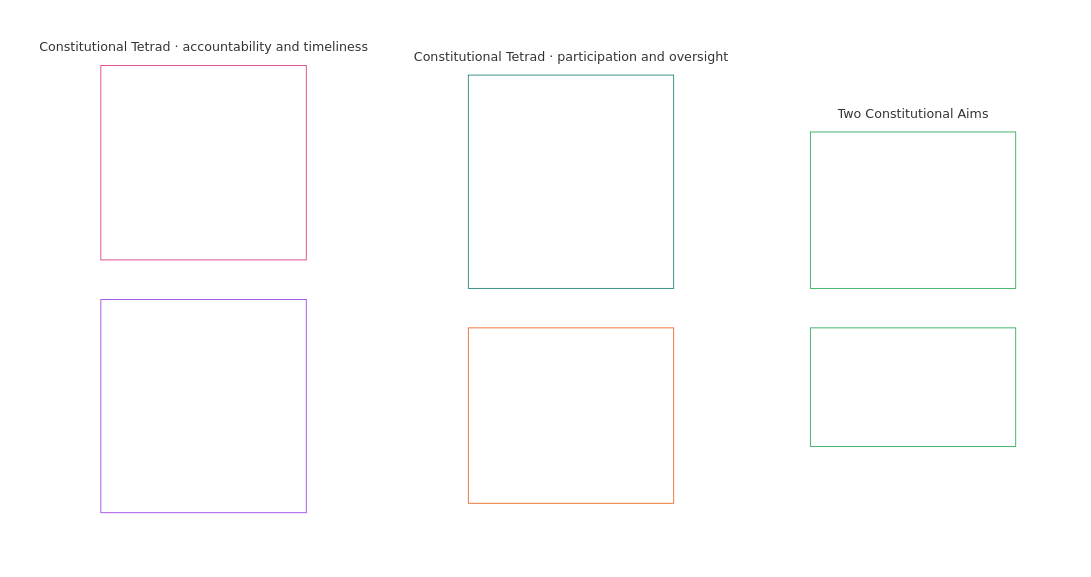
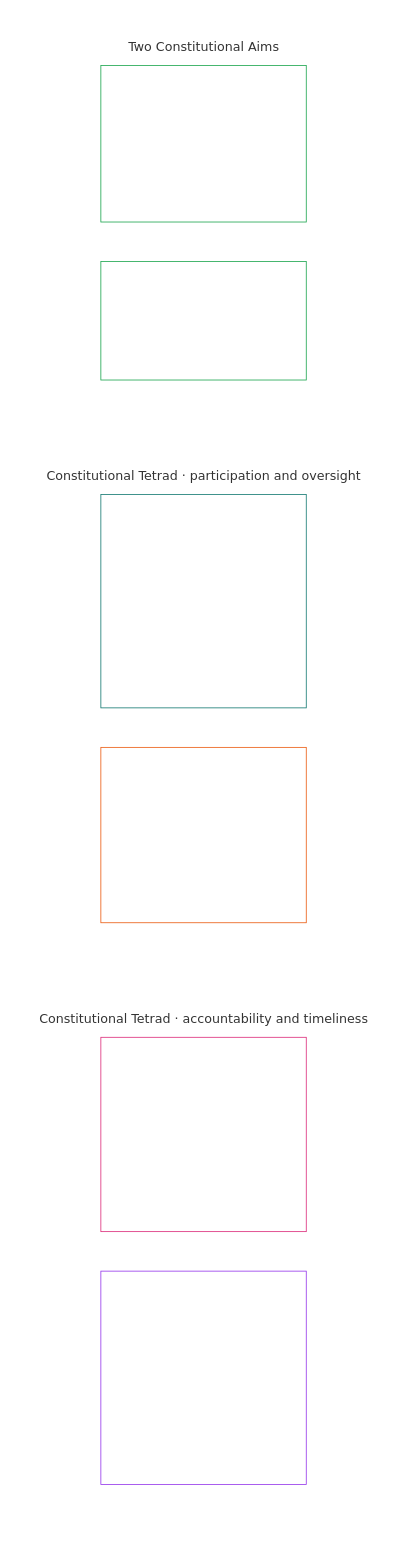
One commit to kfoelsch/Sentient_Constitution changed the second of 24 diagrams in guides/CONCEPTUAL_OVERVIEW.md. Above: the diagram before and after it, drawn with Mermaid. The commit also changed other lines of this file and 3 other files, not shown here.

First line of the commit message:
Add branch naming rule; sync Ch1 Part A charts into Conceptual Overview

````diff
--- a/guides/CONCEPTUAL_OVERVIEW.md
+++ b/guides/CONCEPTUAL_OVERVIEW.md
@@ -106,31 +106,33 @@
 ```mermaid
 flowchart TB
     subgraph Foundation[" "]
         direction TB
-        subgraph AimRow["Two Constitutional Aims"]
+        subgraph Aims["Two Constitutional Aims"]
             direction LR
             F["Flourishing<br/><br/>• Sentient wellbeing sustained through truth, safety,<br/>trustworthiness, and meaningful agency"]
             C["Continuity<br/><br/>• Long-horizon stability, sustainability, resilience,<br/>and ecological wellbeing"]
         end
-        subgraph TetradRow1["Constitutional Tetrad · participation and oversight"]
+        subgraph Tetrad1["Constitutional Tetrad · participation and oversight"]
             direction LR
             P["Participation<br/><br/>• Affected sentients get a real voice<br/>• Fair representation and a fair chance to challenge<br/>• Access to consequential roles in proportion to stake"]
             O["Oversight<br/><br/>• Watching, checking, verifying, and keeping records<br/>• Independent review can constrain bad choices"]
         end
-        subgraph TetradRow2["Constitutional Tetrad · accountability and timeliness"]
+        subgraph Tetrad2["Constitutional Tetrad · accountability and timeliness"]
             direction LR
             A["Accountability<br/><br/>• Responsibility traces to the right actors<br/>• Answerability, redress, and real correction<br/>• Bad outcomes trigger repair"]
             T["Timeliness<br/><br/>• Problems are detected, challenged, resolved, and fixed<br/>• Time limits match the material stake<br/>• Delay cannot erase rights, remedies, or repair"]
         end
     end
+    F ~~~ P
+    P ~~~ A
     style Foundation fill:none,stroke:none
-    style AimRow fill:none,stroke:none
-    style TetradRow1 fill:none,stroke:none
-    style TetradRow2 fill:none,stroke:none
+    style Aims fill:none,stroke:none
+    style Tetrad1 fill:none,stroke:none
+    style Tetrad2 fill:none,stroke:none
     style F fill:none,stroke:#16a34a,color:#ffffff
     style C fill:none,stroke:#16a34a,color:#ffffff
     style P fill:none,stroke:#0f766e,color:#ffffff
     style O fill:none,stroke:#ea580c,color:#ffffff
     style A fill:none,stroke:#db2777,color:#ffffff
     style T fill:none,stroke:#9333ea,color:#ffffff
 ```
````
